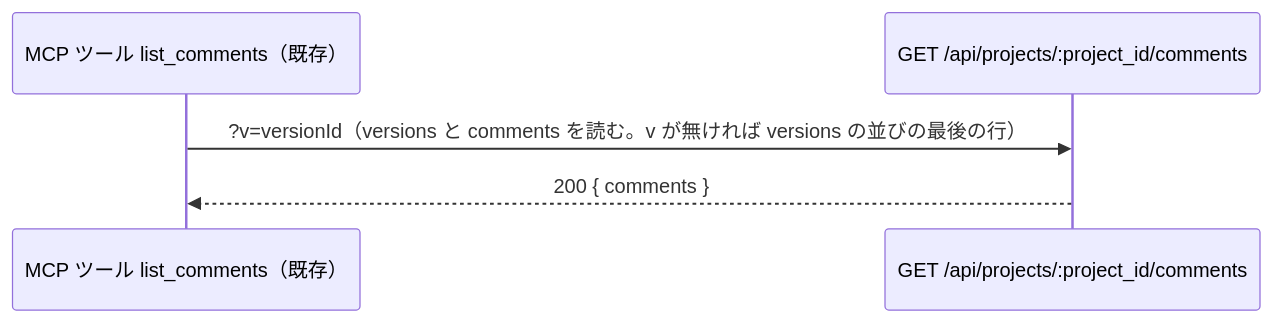
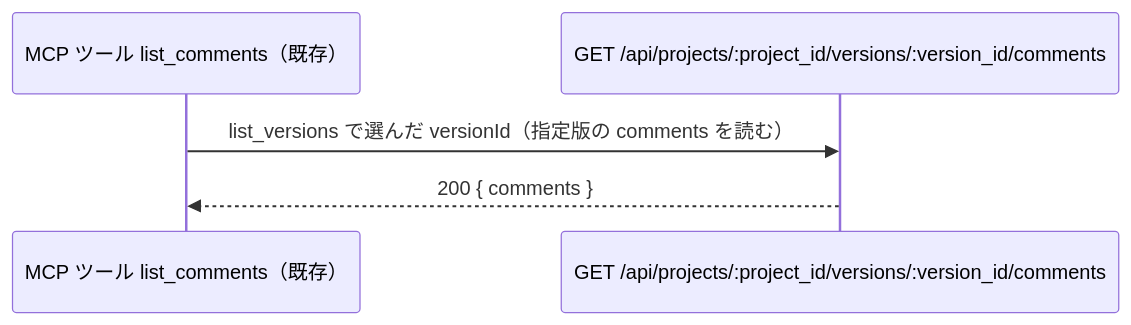
Before and after one commit to taiki-kuraishi/karibari: the ninth of 11 diagrams in docs/superpowers/specs/2026-10-06-owner-viewer-design/README.md, drawn with Mermaid. The commit also changed other lines of this file and 21 other files, not shown here.

Commit message:
✨ feat: scope comments and MCP tools to explicit versions (#46)

````diff
--- a/docs/superpowers/specs/2026-10-06-owner-viewer-design/README.md
+++ b/docs/superpowers/specs/2026-10-06-owner-viewer-design/README.md
@@ -223,7 +223,7 @@
 ```mermaid
 sequenceDiagram
   participant Tool as MCP ツール list_comments（既存）
-  participant Api as GET /api/projects/:project_id/comments
-  Tool->>Api: ?v=versionId（versions と comments を読む。v が無ければ versions の並びの最後の行）
+  participant Api as GET /api/projects/:project_id/versions/:version_id/comments
+  Tool->>Api: list_versions で選んだ versionId（指定版の comments を読む）
   Api-->>Tool: 200 { comments }
 ```
````
